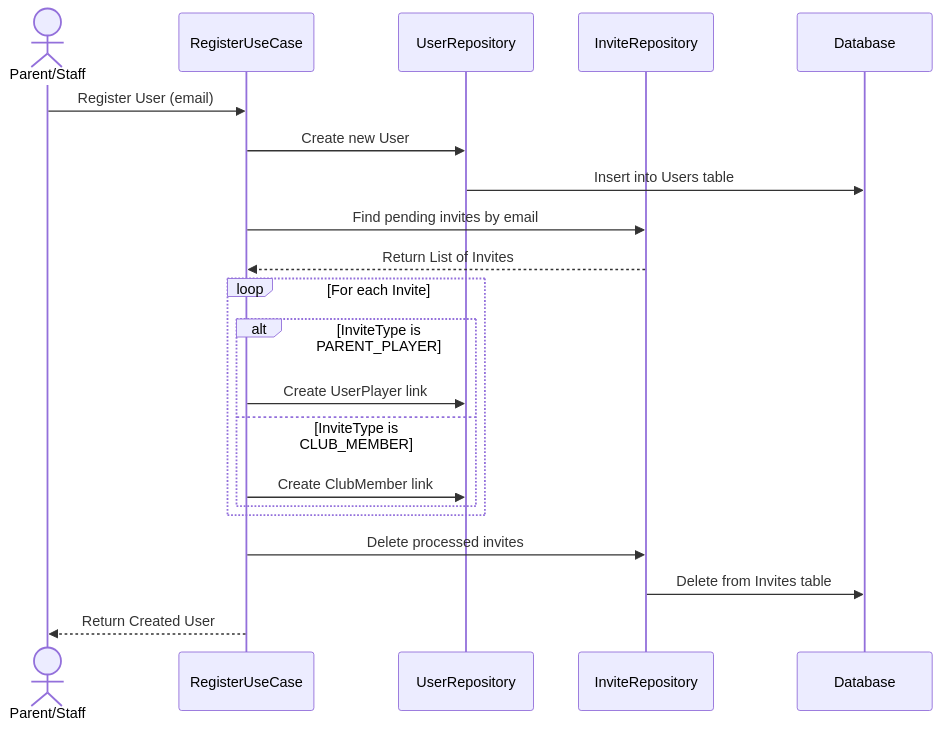
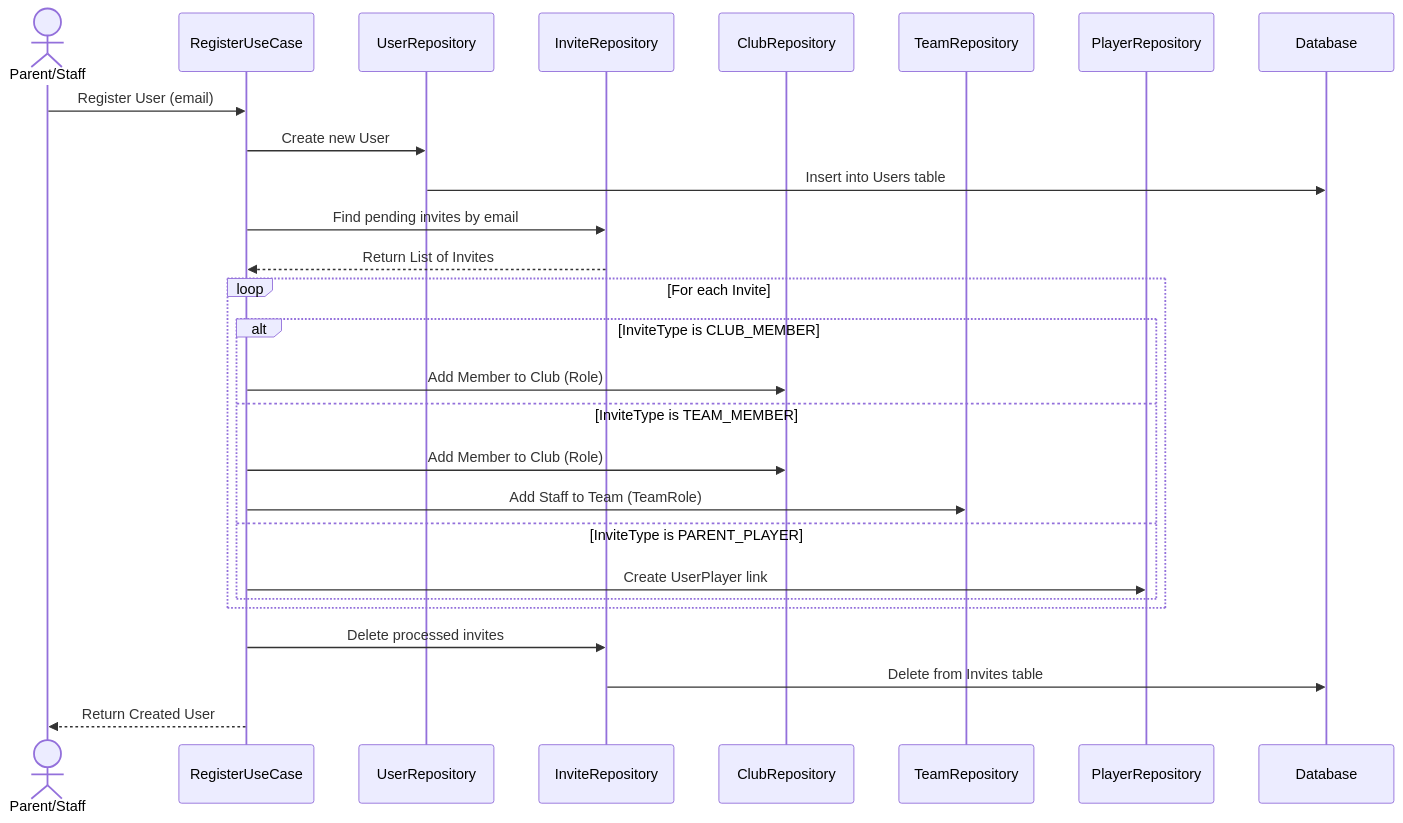
The second of 7 diagrams in TECHNICAL_DECISIONS.md (ricardofrango/squadify), drawn with Mermaid before and after one commit. The commit also changed other lines of this file and 9 other files, not shown here.

Commit message:
Add invites for when a user is associated to a team or club

````diff
--- a/TECHNICAL_DECISIONS.md
+++ b/TECHNICAL_DECISIONS.md
@@ -90,24 +90,30 @@
 ```mermaid
 sequenceDiagram
     actor A as Parent/Staff
     participant UC as RegisterUseCase
     participant UR as UserRepository
     participant IR as InviteRepository
+    participant CR as ClubRepository
+    participant TR as TeamRepository
+    participant PR as PlayerRepository
     participant DB as Database
 
     A->>UC: Register User (email)
     UC->>UR: Create new User
     UR->>DB: Insert into Users table
     UC->>IR: Find pending invites by email
     IR-->>UC: Return List of Invites
     loop For each Invite
-        alt InviteType is PARENT_PLAYER
-            UC->>UR: Create UserPlayer link
-        else InviteType is CLUB_MEMBER
-            UC->>UR: Create ClubMember link
+        alt InviteType is CLUB_MEMBER
+            UC->>CR: Add Member to Club (Role)
+        else InviteType is TEAM_MEMBER
+            UC->>CR: Add Member to Club (Role)
+            UC->>TR: Add Staff to Team (TeamRole)
+        else InviteType is PARENT_PLAYER
+            UC->>PR: Create UserPlayer link
         end
     end
     UC->>IR: Delete processed invites
     IR->>DB: Delete from Invites table
     UC-->>A: Return Created User
 ```
````
